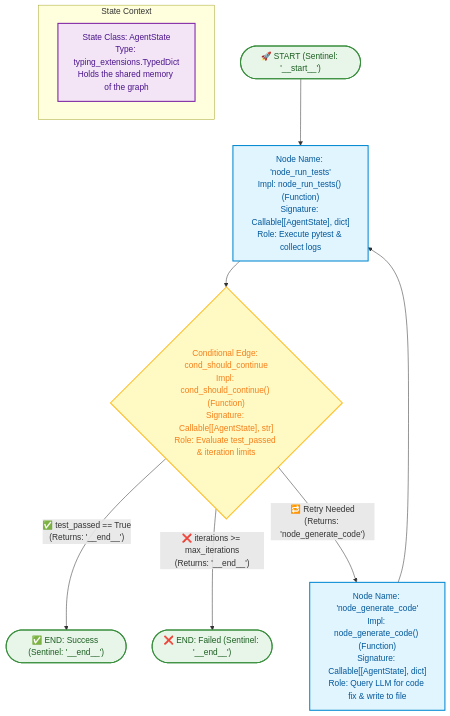
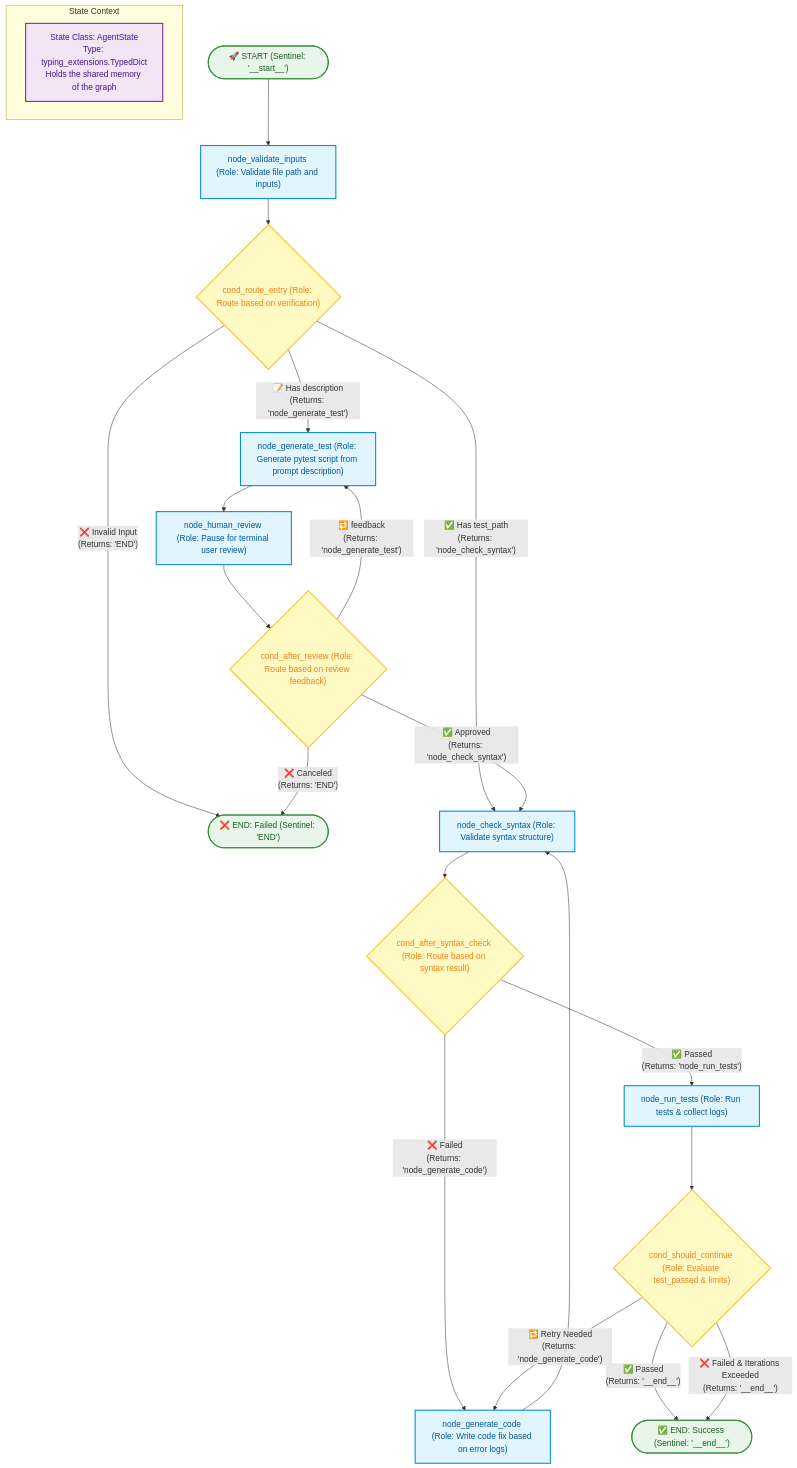
Before and after one commit to boycececil666gmailcom/test-led-python-coder-agent: the first of 3 diagrams in README.md, drawn with Mermaid. The commit also changed other lines of this file and 19 other files, not shown here.

````diff
--- a/README.md
+++ b/README.md
@@ -5,27 +20,58 @@
 ```mermaid
 flowchart TD
     classDef graphNode fill:#e1f5fe,stroke:#0288d1,stroke-width:2px,color:#01579b;
     classDef conditionalEdge fill:#fff9c4,stroke:#fbc02d,stroke-width:2px,color:#f57f17;
     classDef startEnd fill:#e8f5e9,stroke:#388e3c,stroke-width:2px,color:#1b5e20;
     classDef stateBox fill:#f3e5f5,stroke:#7b1fa2,stroke-width:2px,color:#4a148c;
 
     subgraph State["State Context"]
         state_schema["State Class: AgentState<br/>Type: typing_extensions.TypedDict<br/>Holds the shared memory of the graph"]:::stateBox
     end
 
-    START(["🚀 START (Sentinel: '__start__')"]):::startEnd --> node_run_tests
+    START(["🚀 START (Sentinel: '__start__')"]):::startEnd --> node_validate_inputs
 
-    node_run_tests["Node Name: 'node_run_tests'<br/>Impl: node_run_tests() (Function)<br/>Signature: Callable[[AgentState], dict]<br/>Role: Execute pytest & collect logs"]:::graphNode
+    node_validate_inputs["node_validate_inputs (Role: Validate file path and inputs)"]:::graphNode
+
+    node_validate_inputs --> cond_route_entry
+
+    cond_route_entry{"cond_route_entry (Role: Route based on verification)"}:::conditionalEdge
+
+    cond_route_entry -- "❌ Invalid Input<br/>(Returns: 'END')" --> END_FAIL(["❌ END: Failed (Sentinel: 'END')"]):::startEnd
+    cond_route_entry -- "✅ Has test_path<br/>(Returns: 'node_check_syntax')" --> node_check_syntax
+    cond_route_entry -- "📝 Has description<br/>(Returns: 'node_generate_test')" --> node_generate_test
+
+    node_generate_test["node_generate_test (Role: Generate pytest script from prompt description)"]:::graphNode
+    
+    node_generate_test --> node_human_review
+
+    node_human_review["node_human_review (Role: Pause for terminal user review)"]:::graphNode
+
+    node_human_review --> cond_after_review
+
+    cond_after_review{"cond_after_review (Role: Route based on review feedback)"}:::conditionalEdge
+
+    cond_after_review -- "✅ Approved<br/>(Returns: 'node_check_syntax')" --> node_check_syntax
+    cond_after_review -- "❌ Canceled<br/>(Returns: 'END')" --> END_FAIL
+    cond_after_review -- "🔁 feedback<br/>(Returns: 'node_generate_test')" --> node_generate_test
+
+    node_check_syntax["node_check_syntax (Role: Validate syntax structure)"]:::graphNode
+
+    node_check_syntax --> cond_after_syntax_check{"cond_after_syntax_check (Role: Route based on syntax result)"}:::conditionalEdge
+
+    cond_after_syntax_check -- "❌ Failed<br/>(Returns: 'node_generate_code')" --> node_generate_code
+    cond_after_syntax_check -- "✅ Passed<br/>(Returns: 'node_run_tests')" --> node_run_tests
+
+    node_run_tests["node_run_tests (Role: Run tests & collect logs)"]:::graphNode
     
     node_run_tests --> cond_should_continue
 
-    cond_should_continue{"Conditional Edge: cond_should_continue<br/>Impl: cond_should_continue() (Function)<br/>Signature: Callable[[AgentState], str]<br/>Role: Evaluate test_passed & iteration limits"}:::conditionalEdge
+    cond_should_continue{"cond_should_continue (Role: Evaluate test_passed & limits)"}:::conditionalEdge
 
-    cond_should_continue -- "✅ test_passed == True<br/>(Returns: '__end__')" --> END_SUCCESS(["✅ END: Success (Sentinel: '__end__')"]):::startEnd
-    cond_should_continue -- "❌ iterations >= max_iterations<br/>(Returns: '__end__')" --> END_FAIL(["❌ END: Failed (Sentinel: '__end__')"]):::startEnd
+    cond_should_continue -- "✅ Passed<br/>(Returns: '__end__')" --> END_SUCCESS(["✅ END: Success (Sentinel: '__end__')"]):::startEnd
+    cond_should_continue -- "❌ Failed & Iterations Exceeded<br/>(Returns: '__end__')" --> END_SUCCESS
     cond_should_continue -- "🔁 Retry Needed<br/>(Returns: 'node_generate_code')" --> node_generate_code
 
-    node_generate_code["Node Name: 'node_generate_code'<br/>Impl: node_generate_code() (Function)<br/>Signature: Callable[[AgentState], dict]<br/>Role: Query LLM for code fix & write to file"]:::graphNode
+    node_generate_code["node_generate_code (Role: Write code fix based on error logs)"]:::graphNode
     
-    node_generate_code --> node_run_tests
+    node_generate_code --> node_check_syntax
 ```
````
